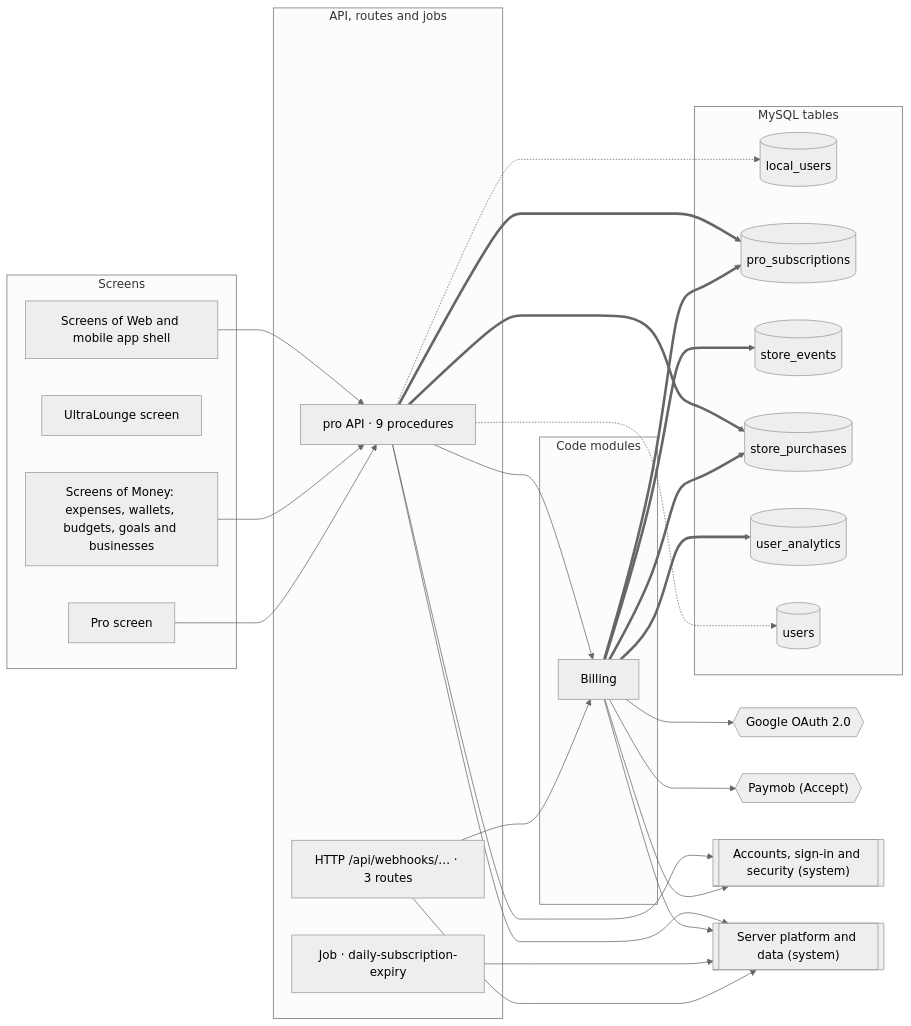
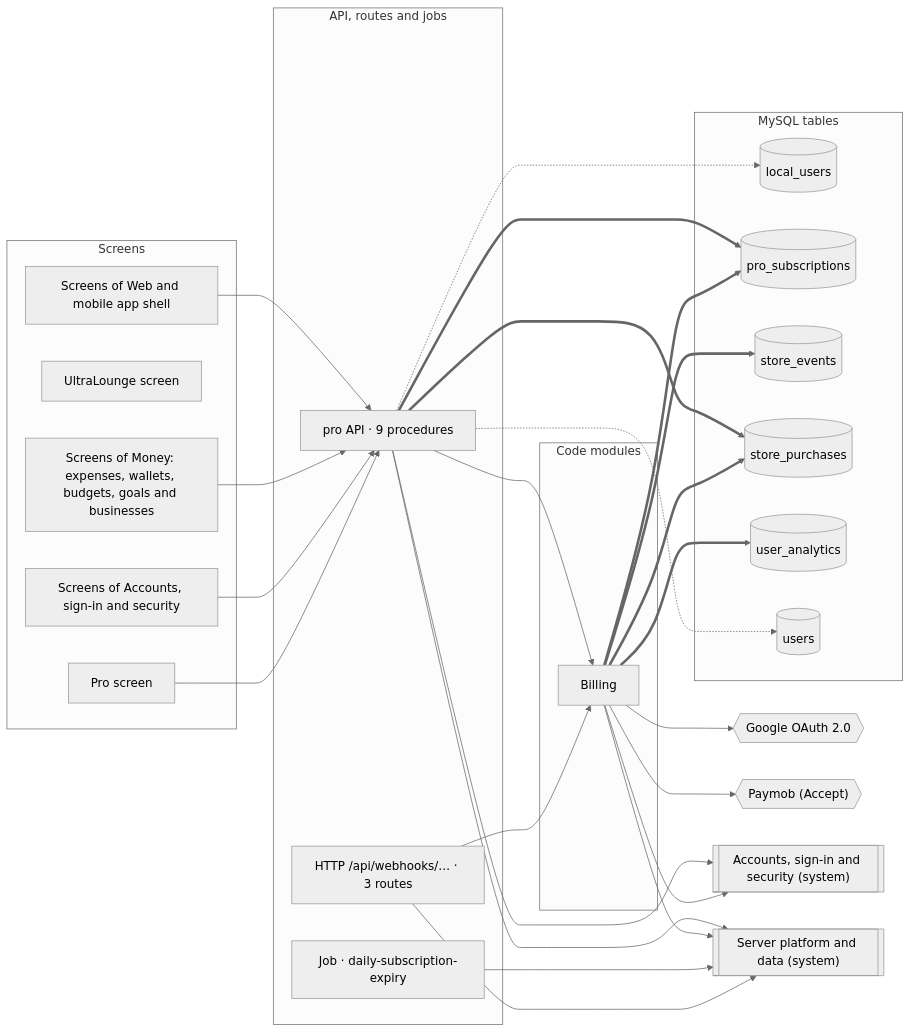
Before and after one commit to mahmoudtaherr111/smartspend_mini_all: the first of 2 diagrams in docs/atlas/systems/billing.md, drawn with Mermaid (neutral theme). The commit also changed other lines of this file and 16 other files, not shown here.

````diff
--- a/docs/atlas/systems/billing.md
+++ b/docs/atlas/systems/billing.md
@@ -13,50 +13,52 @@
 ```mermaid
 flowchart LR
   subgraph g_screens["Screens"]
     page_Pro["Pro screen"]
     page_UltraLounge["UltraLounge screen"]
+    screens_accounts["Screens of Accounts, sign-in and security"]
     screens_money["Screens of Money: expenses, wallets, budgets, goals and businesses"]
     screens_web_app["Screens of Web and mobile app shell"]
   end
   subgraph g_api["API, routes and jobs"]
     http__api_webhooks["HTTP /api/webhooks/… · 3 routes"]
     job_daily_subscription_expiry["Job · daily-subscription-expiry"]
     router_pro["pro API · 9 procedures"]
   end
   subgraph g_modules["Code modules"]
     mod_billing["Billing"]
   end
   subgraph g_tables["MySQL tables"]
     tbl_local_users[("local_users")]
     tbl_pro_subscriptions[("pro_subscriptions")]
     tbl_store_events[("store_events")]
     tbl_store_purchases[("store_purchases")]
     tbl_user_analytics[("user_analytics")]
     tbl_users[("users")]
   end
   ext_google_oauth{{"Google OAuth 2.0"}}
   ext_paymob{{"Paymob (Accept)"}}
   sys_accounts[["Accounts, sign-in and security (system)"]]
   sys_platform[["Server platform and data (system)"]]
   http__api_webhooks --> mod_billing
   http__api_webhooks --> sys_platform
   job_daily_subscription_expiry --> sys_platform
   mod_billing --> ext_google_oauth
   mod_billing --> ext_paymob
   mod_billing --> sys_accounts
   mod_billing --> sys_platform
   mod_billing ==> tbl_pro_subscriptions
   mod_billing ==> tbl_store_events
   mod_billing ==> tbl_store_purchases
   mod_billing ==> tbl_user_analytics
   page_Pro --> router_pro
   router_pro --> mod_billing
   router_pro --> sys_accounts
   router_pro --> sys_platform
   router_pro -.-> tbl_local_users
   router_pro -.-> tbl_users
   router_pro ==> tbl_pro_subscriptions
   router_pro ==> tbl_store_purchases
+  screens_accounts --> router_pro
   screens_money --> router_pro
   screens_web_app --> router_pro
 ```
````
